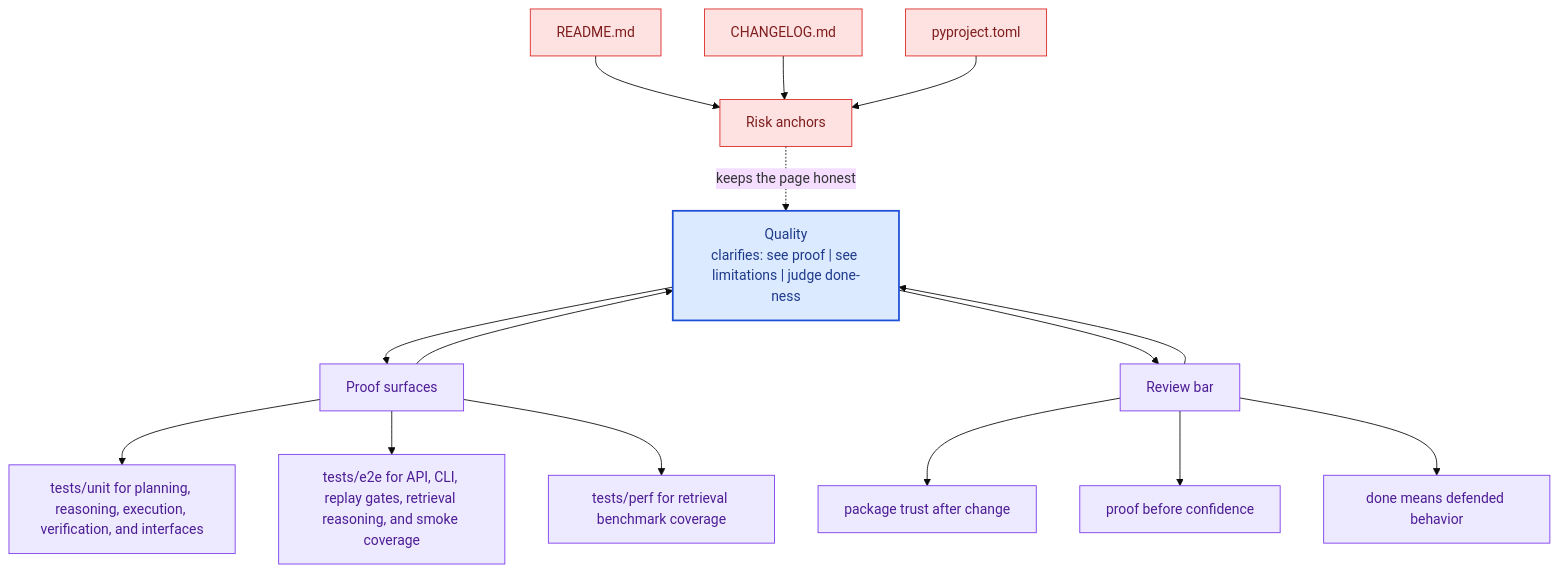
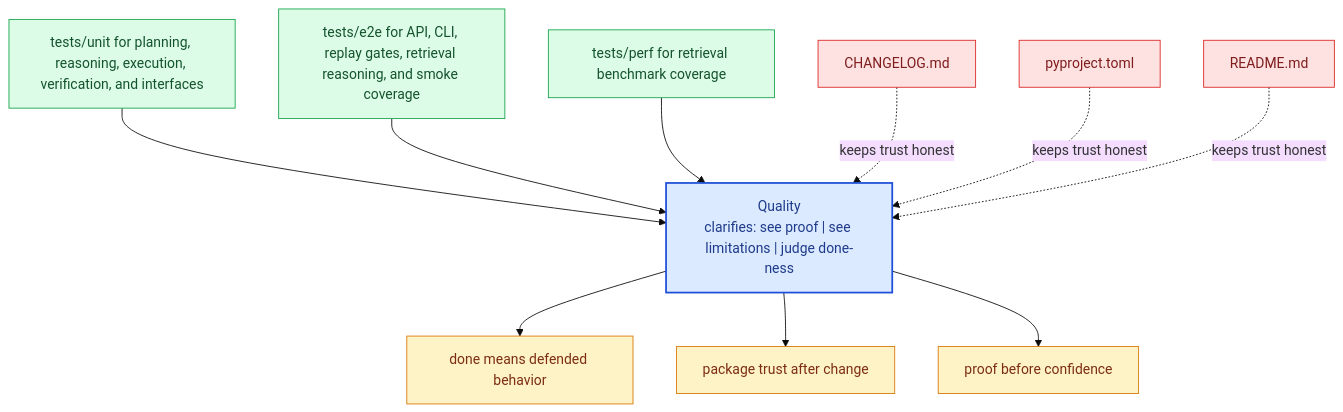
Before and after one commit to bijux/bijux-canon: the diagram in docs/bijux-canon-reason/quality/index.md, drawn with Mermaid (base theme). The commit also changed other lines of this file and 281 other files, not shown here.

Commit message:
docs(diagrams): replace repeated mermaid scaffolds with page-specific summaries

````diff
--- a/docs/bijux-canon-reason/quality/index.md
+++ b/docs/bijux-canon-reason/quality/index.md
@@ -65,41 +20,31 @@
 ```mermaid
 flowchart TB
-    promise["Quality<br/>clarifies: see proof | see limitations | judge done-ness"]
-    classDef promise fill:#dbeafe,stroke:#1d4ed8,color:#1e3a8a,stroke-width:2px;
-    classDef driver fill:#dcfce7,stroke:#16a34a,color:#14532d;
-    classDef constraint fill:#fee2e2,stroke:#dc2626,color:#7f1d1d;
-    classDef ground fill:#ede9fe,stroke:#7c3aed,color:#4c1d95;
-    focus1["Proof surfaces"]
-    focus1 --> promise
-    promise --> focus1
-    focus1_1["tests/unit for planning, reasoning, execution, verification, and interfaces"]
-    focus1 --> focus1_1
-    focus1_2["tests/e2e for API, CLI, replay gates, retrieval reasoning, and smoke coverage"]
-    focus1 --> focus1_2
-    focus1_3["tests/perf for retrieval benchmark coverage"]
-    focus1 --> focus1_3
-    class focus1 ground;
-    class focus1_1,focus1_2,focus1_3 ground;
-    focus2["Risk anchors"]
-    focus2 -.keeps the page honest.-> promise
-    focus2_1["README.md"]
-    focus2_1 --> focus2
-    focus2_2["CHANGELOG.md"]
-    focus2_2 --> focus2
-    focus2_3["pyproject.toml"]
-    focus2_3 --> focus2
-    class focus2 constraint;
-    class focus2_1,focus2_2,focus2_3 constraint;
-    focus3["Review bar"]
-    focus3 --> promise
-    promise --> focus3
-    focus3_1["package trust after change"]
-    focus3 --> focus3_1
-    focus3_2["proof before confidence"]
-    focus3 --> focus3_2
-    focus3_3["done means defended behavior"]
-    focus3 --> focus3_3
-    class focus3 ground;
-    class focus3_1,focus3_2,focus3_3 ground;
-    class promise promise;
+    page["Quality<br/>clarifies: see proof | see limitations | judge done-ness"]
+    classDef page fill:#dbeafe,stroke:#1d4ed8,color:#1e3a8a,stroke-width:2px;
+    classDef positive fill:#dcfce7,stroke:#16a34a,color:#14532d;
+    classDef caution fill:#fee2e2,stroke:#dc2626,color:#7f1d1d;
+    classDef anchor fill:#ede9fe,stroke:#7c3aed,color:#4c1d95;
+    classDef action fill:#fef3c7,stroke:#d97706,color:#7c2d12;
+    proof1["tests/unit for planning, reasoning, execution, verification, and interfaces"]
+    proof1 --> page
+    proof2["tests/e2e for API, CLI, replay gates, retrieval reasoning, and smoke coverage"]
+    proof2 --> page
+    proof3["tests/perf for retrieval benchmark coverage"]
+    proof3 --> page
+    risk1["CHANGELOG.md"]
+    risk1 -.keeps trust honest.-> page
+    risk2["pyproject.toml"]
+    risk2 -.keeps trust honest.-> page
+    risk3["README.md"]
+    risk3 -.keeps trust honest.-> page
+    bar1["done means defended behavior"]
+    page --> bar1
+    bar2["package trust after change"]
+    page --> bar2
+    bar3["proof before confidence"]
+    page --> bar3
+    class page page;
+    class proof1,proof2,proof3 positive;
+    class risk1,risk2,risk3 caution;
+    class bar1,bar2,bar3 action;
 ```
````
